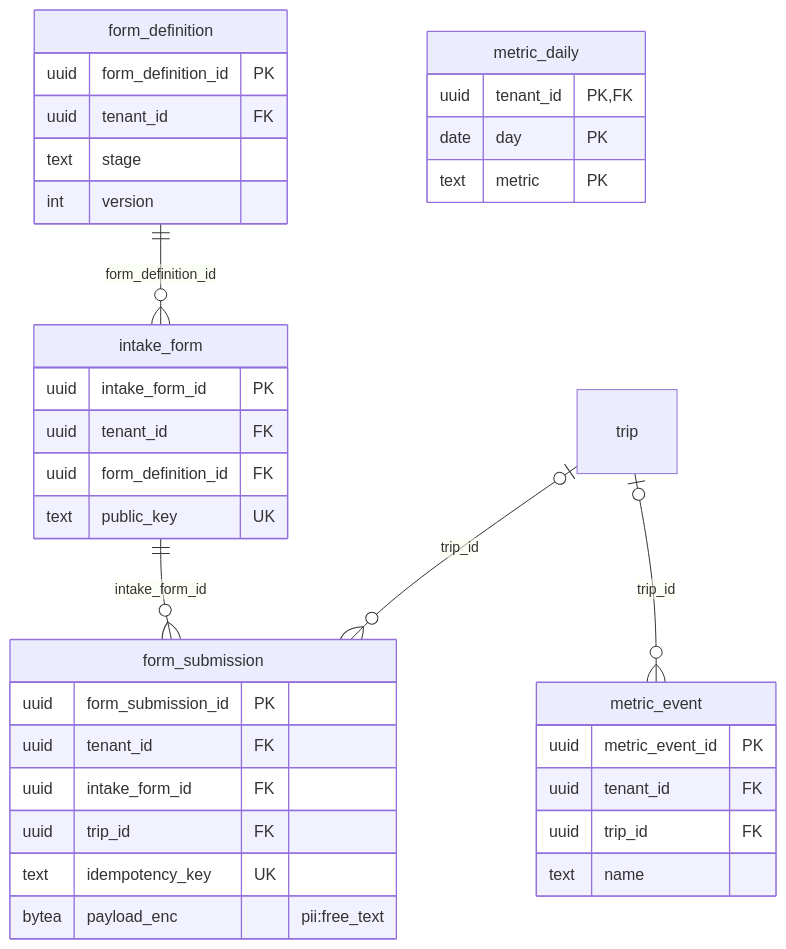
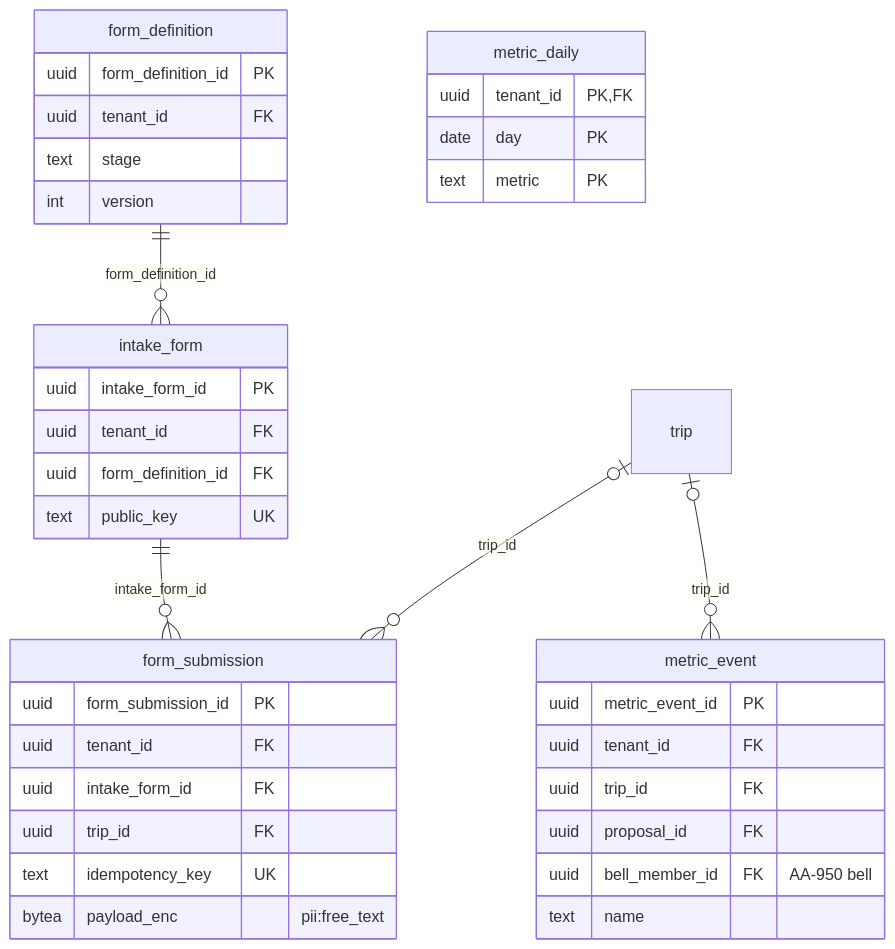
One commit to AdventureAsia365-Ecosys/AA-Ecosys changed the fifth of 13 diagrams in docs/architecture/erd/design/crm.md. Above: the diagram before and after it, drawn with Mermaid. The commit also changed other lines of this file and 2 other files, not shown here.

Commit message:
docs: crm-021 schema ownership, metric_event retention row and the client proposal ERD (#270)
Schema ownership line for crm-021, the proposed retention window of the
existing DM-7 row `crm.metric_event`, and the design ERD as built (hold
set, `hold_pending_*`, `hold_release_id`).

Part of AA-950 (CRM-21b client proposal + accept + hold). Independent
review: approve after 5 fix rounds (hold races, phantom holds, own-hold
quote). Merge order: Booking quote fix → root registers → Partner
crm-021 migration → Infra copy → DB Migrate crm-021 → Partner app → Dev
E2E.

Refs AA-950

🤖 Generated with [Claude Code](https://claude.com/claude-code)

---------

````diff
--- a/docs/architecture/erd/design/crm.md
+++ b/docs/architecture/erd/design/crm.md
@@ -304,38 +304,40 @@
 ```mermaid
 erDiagram
     form_definition {
         uuid form_definition_id PK
         uuid tenant_id FK
         text stage
         int version
     }
     intake_form {
         uuid intake_form_id PK
         uuid tenant_id FK
         uuid form_definition_id FK
         text public_key UK
     }
     form_submission {
         uuid form_submission_id PK
         uuid tenant_id FK
         uuid intake_form_id FK
         uuid trip_id FK
         text idempotency_key UK
         bytea payload_enc "pii:free_text"
     }
     metric_event {
         uuid metric_event_id PK
         uuid tenant_id FK
         uuid trip_id FK
+        uuid proposal_id FK
+        uuid bell_member_id FK "AA-950 bell"
         text name
     }
     metric_daily {
         uuid tenant_id PK, FK
         date day PK
         text metric PK
     }
     form_definition ||--o{ intake_form : "form_definition_id"
     intake_form ||--o{ form_submission : "intake_form_id"
     trip |o--o{ form_submission : "trip_id"
     trip |o--o{ metric_event : "trip_id"
 ```
````
